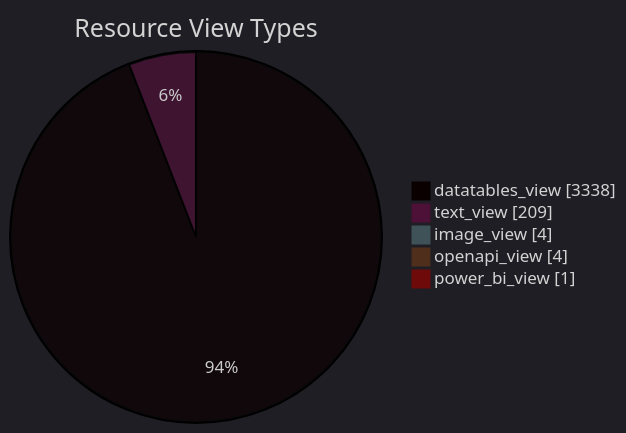
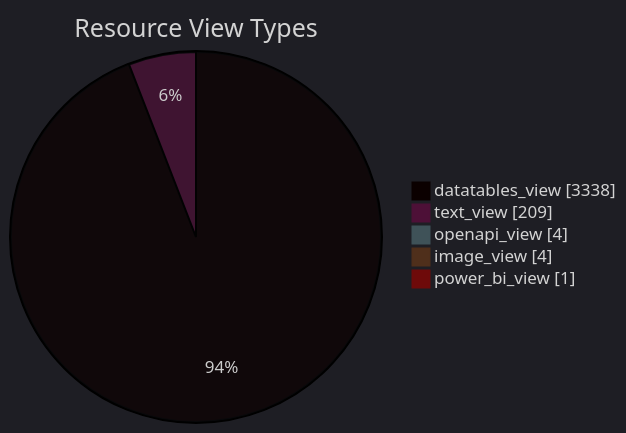
One commit to open-data/analytics-corporate-reporting changed the second of 5 diagrams in datastore_tracker/README.md. Above: the diagram before and after it, drawn with Mermaid. The commit also changed other lines of this file and 8 other files, not shown here.

````diff
--- a/datastore_tracker/README.md
+++ b/datastore_tracker/README.md
@@ -35,12 +35,12 @@
 ```mermaid
 ---
 config:
   theme: dark
 ---
 pie showData title Resource View Types
     "datatables_view": 3338
     "text_view": 209
+    "openapi_view": 4
     "image_view": 4
-    "openapi_view": 4
     "power_bi_view": 1
 ```
````
